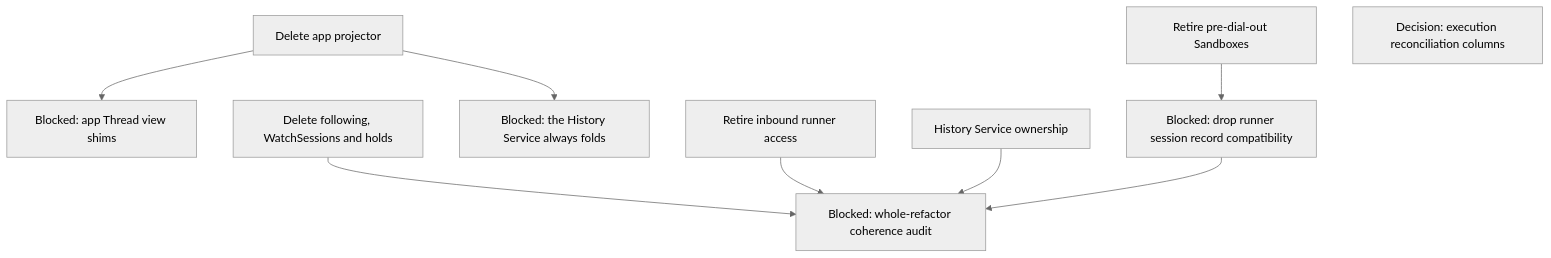
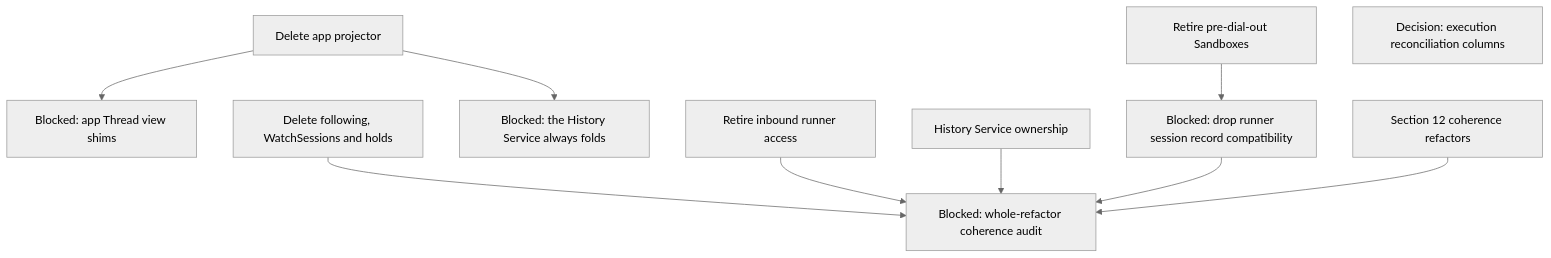
Diagram 11 of 13 in agentplane/plans/task_dag.md (agentydragon-agent/ducktape), drawn with Mermaid (neutral theme) before and after one commit. The commit also changed other lines of this file, not shown here.

````diff
--- a/agentplane/plans/task_dag.md
+++ b/agentplane/plans/task_dag.md
@@ -789,16 +797,17 @@
 ```mermaid
 flowchart TD
     APP_THREAD_VIEW_CLEANUP[Blocked: app Thread view shims]
     RUNNER_SESSION_RECORD_SHIMS[Blocked: drop runner session record compatibility]
     LEGACY_SANDBOX_RETIRE[Retire pre-dial-out Sandboxes]
     LEGACY_SANDBOX_RETIRE --> RUNNER_SESSION_RECORD_SHIMS
     HISTORY_FOLD_ALWAYS_ON[Blocked: the History Service always folds]
     APP_PROJECTOR_RETIRE[Delete app projector] --> HISTORY_FOLD_ALWAYS_ON
     APP_PROJECTOR_RETIRE --> APP_THREAD_VIEW_CLEANUP
     ACTION_EXECUTION_AUDIT_TRIM[Decision: execution reconciliation columns]
     REFACTOR_COHERENCE_AUDIT[Blocked: whole-refactor coherence audit]
     FOLLOW_PATH_RETIRE[Delete following, WatchSessions and holds] --> REFACTOR_COHERENCE_AUDIT
     RUNNER_INBOUND_RETIRE[Retire inbound runner access] --> REFACTOR_COHERENCE_AUDIT
     HISTORY_SERVICE_OWNERSHIP[History Service ownership] --> REFACTOR_COHERENCE_AUDIT
     RUNNER_SESSION_RECORD_SHIMS --> REFACTOR_COHERENCE_AUDIT
+    COHERENCE_REFACTORS[Section 12 coherence refactors] --> REFACTOR_COHERENCE_AUDIT
 ```
````
